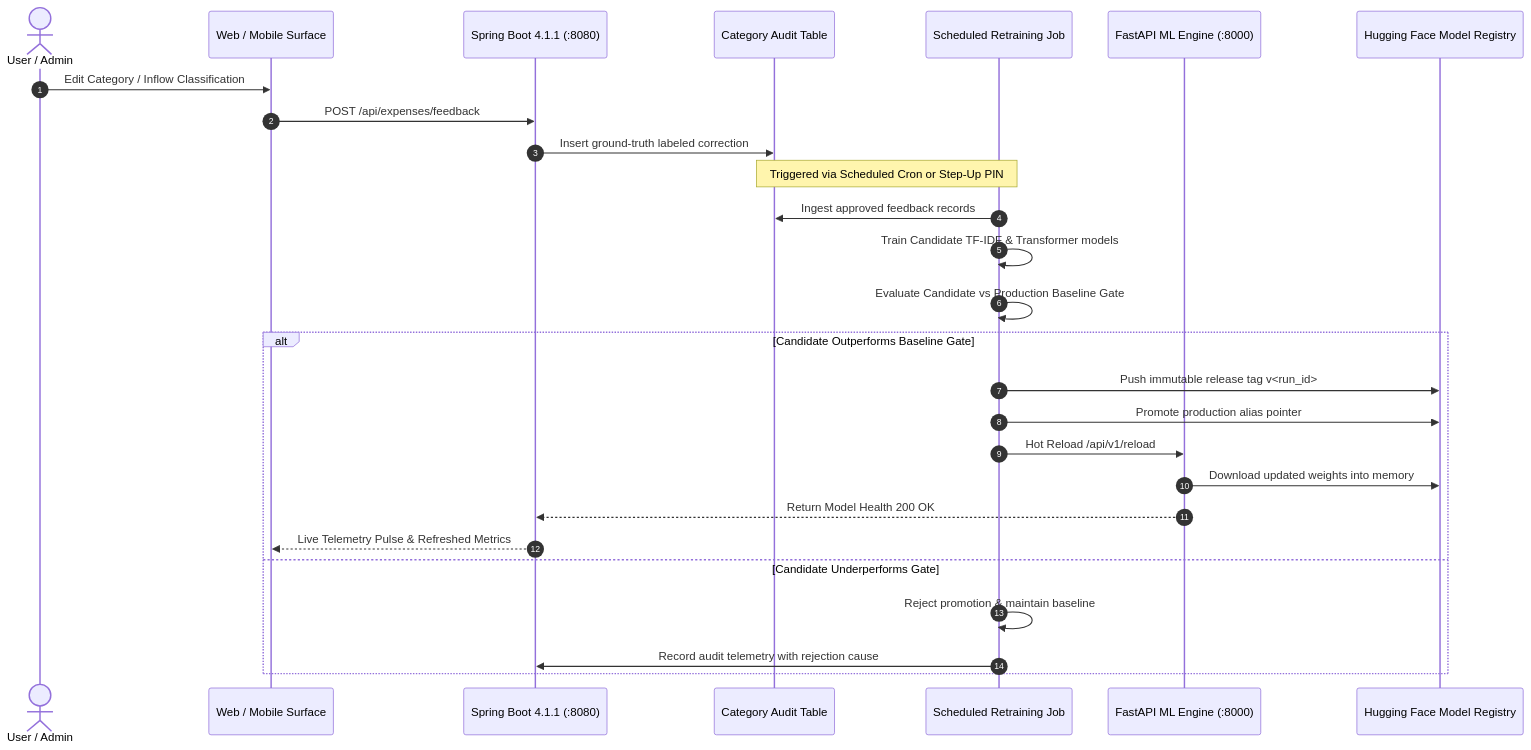
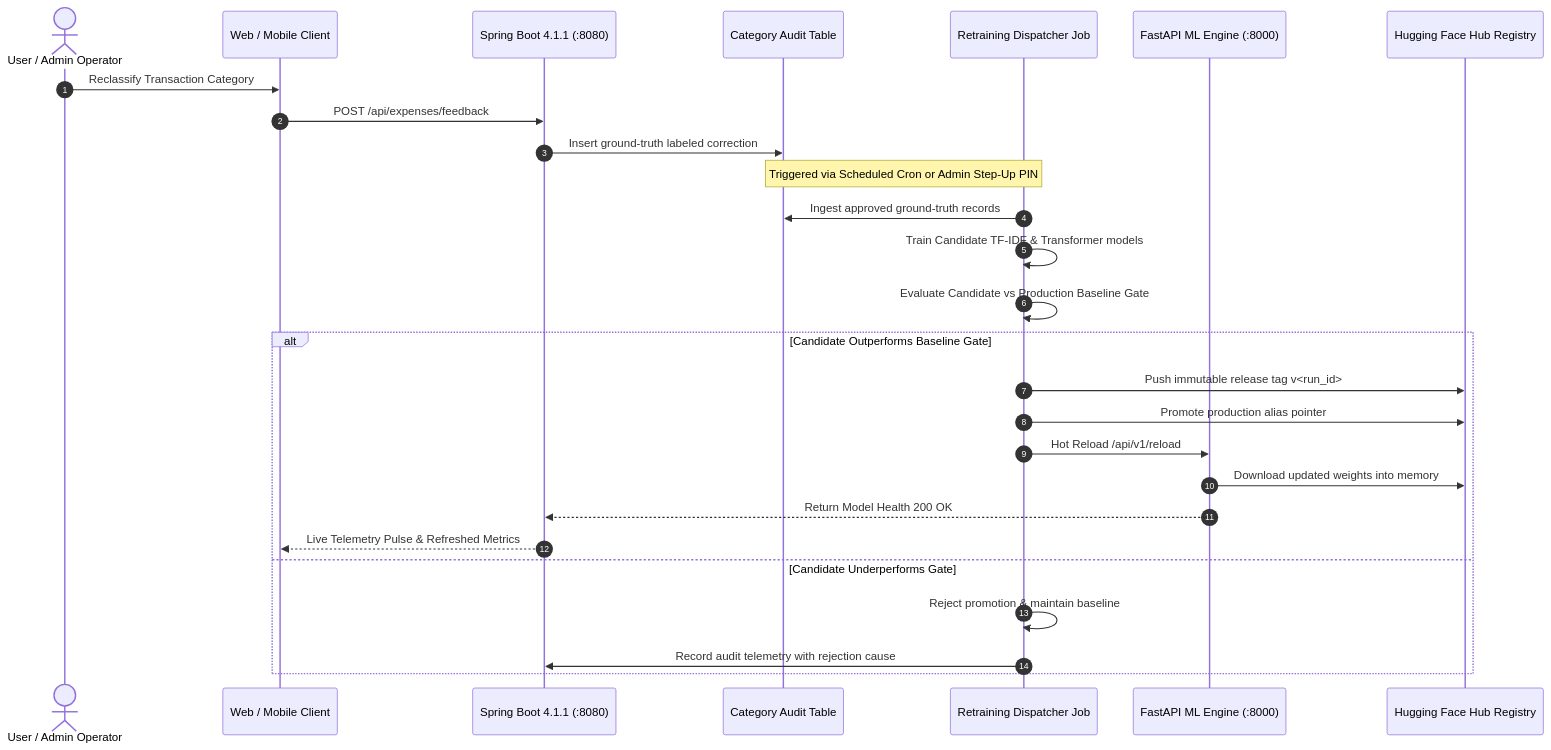
The fifth of 6 diagrams in README.md (Yoge-2004/expense-tracker), drawn with Mermaid before and after one commit. The commit also changed other lines of this file, not shown here.

Commit message:
docs: overhaul README with modern design, architectural ERD, state machines, and complete feature deep dives

````diff
--- a/README.md
+++ b/README.md
@@ -224,30 +420,30 @@
 ```mermaid
 sequenceDiagram
     autonumber
-    actor User as User / Admin
-    participant Client as Web / Mobile Surface
+    actor User as User / Admin Operator
+    participant Client as Web / Mobile Client
     participant Boot as Spring Boot 4.1.1 (:8080)
     participant AuditDB as Category Audit Table
-    participant HFJob as Scheduled Retraining Job
+    participant HFJob as Retraining Dispatcher Job
     participant PyML as FastAPI ML Engine (:8000)
-    participant HFHub as Hugging Face Model Registry
+    participant HFHub as Hugging Face Hub Registry
 
-    User->>Client: Edit Category / Inflow Classification
+    User->>Client: Reclassify Transaction Category
     Client->>Boot: POST /api/expenses/feedback
     Boot->>AuditDB: Insert ground-truth labeled correction
-    Note over AuditDB,HFJob: Triggered via Scheduled Cron or Step-Up PIN
-    HFJob->>AuditDB: Ingest approved feedback records
+    Note over AuditDB,HFJob: Triggered via Scheduled Cron or Admin Step-Up PIN
+    HFJob->>AuditDB: Ingest approved ground-truth records
     HFJob->>HFJob: Train Candidate TF-IDF & Transformer models
     HFJob->>HFJob: Evaluate Candidate vs Production Baseline Gate
     alt Candidate Outperforms Baseline Gate
         HFJob->>HFHub: Push immutable release tag v<run_id>
         HFJob->>HFHub: Promote production alias pointer
         HFJob->>PyML: Hot Reload /api/v1/reload
         PyML->>HFHub: Download updated weights into memory
         PyML-->>Boot: Return Model Health 200 OK
         Boot-->>Client: Live Telemetry Pulse & Refreshed Metrics
     else Candidate Underperforms Gate
         HFJob->>HFJob: Reject promotion & maintain baseline
         HFJob->>Boot: Record audit telemetry with rejection cause
     end
 ```
````
